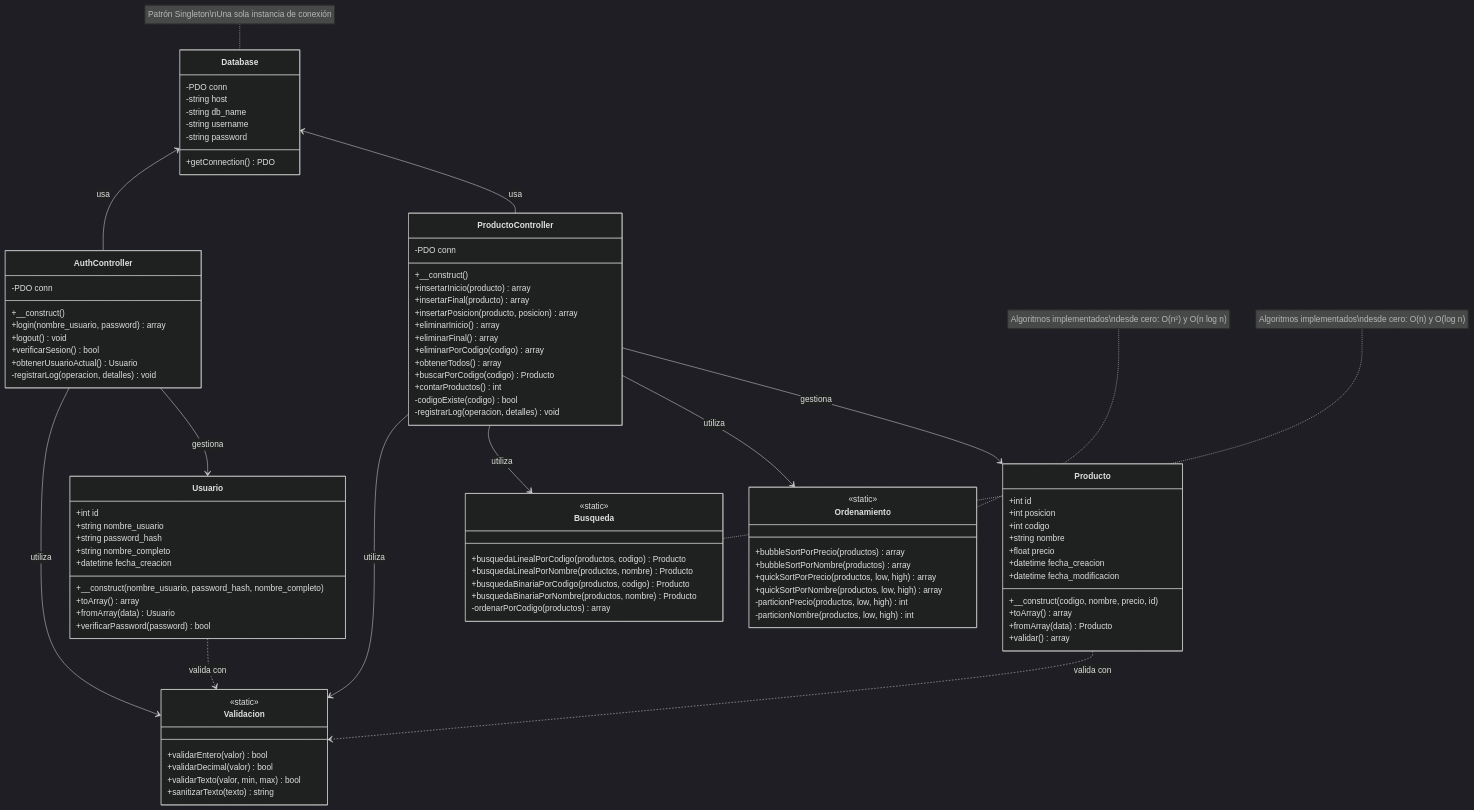
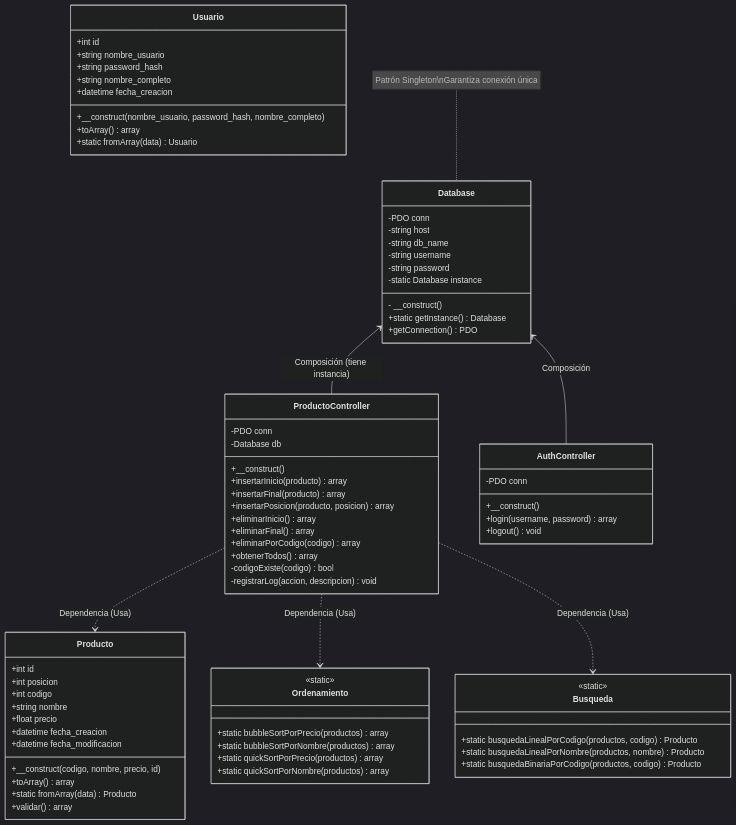
Before and after one commit to UlisesMavz/Sistema_Inventario: the second of 3 diagrams in designs/disenos_sistema.md, drawn with Mermaid (dark theme). The commit also changed other lines of this file, not shown here.

````diff
--- a/designs/disenos_sistema.md
+++ b/designs/disenos_sistema.md
@@ -201,6 +65,9 @@
         -string db_name
         -string username
         -string password
+        -static Database instance
+        - __construct()
+        +static getInstance() Database
         +getConnection() PDO
     }
     
@@ -215,7 +82,7 @@
         +datetime fecha_modificacion
         +__construct(codigo, nombre, precio, id)
         +toArray() array
-        +fromArray(data) Producto
+        +static fromArray(data) Producto
         +validar() array
     }
     
@@ -227,41 +94,29 @@
         +datetime fecha_creacion
         +__construct(nombre_usuario, password_hash, nombre_completo)
         +toArray() array
-        +fromArray(data) Usuario
-        +verificarPassword(password) bool
+        +static fromArray(data) Usuario
     }
     
     %% Capa de Utilidades
     class Ordenamiento {
         <<static>>
-        +bubbleSortPorPrecio(productos) array
-        +bubbleSortPorNombre(productos) array
-        +quickSortPorPrecio(productos, low, high) array
-        +quickSortPorNombre(productos, low, high) array
-        -particionPrecio(productos, low, high) int
-        -particionNombre(productos, low, high) int
+        +static bubbleSortPorPrecio(productos) array
+        +static bubbleSortPorNombre(productos) array
+        +static quickSortPorPrecio(productos) array
+        +static quickSortPorNombre(productos) array
     }
     
     class Busqueda {
         <<static>>
-        +busquedaLinealPorCodigo(productos, codigo) Producto
-        +busquedaLinealPorNombre(productos, nombre) Producto
-        +busquedaBinariaPorCodigo(productos, codigo) Producto
-        +busquedaBinariaPorNombre(productos, nombre) Producto
-        -ordenarPorCodigo(productos) array
-    }
-    
-    class Validacion {
-        <<static>>
-        +validarEntero(valor) bool
-        +validarDecimal(valor) bool
-        +validarTexto(valor, min, max) bool
-        +sanitizarTexto(texto) string
+        +static busquedaLinealPorCodigo(productos, codigo) Producto
+        +static busquedaLinealPorNombre(productos, nombre) Producto
+        +static busquedaBinariaPorCodigo(productos, codigo) Producto
     }
     
     %% Capa de Controladores
     class ProductoController {
         -PDO conn
+        -Database db
         +__construct()
         +insertarInicio(producto) array
         +insertarFinal(producto) array
@@ -270,38 +125,23 @@
         +eliminarFinal() array
         +eliminarPorCodigo(codigo) array
         +obtenerTodos() array
-        +buscarPorCodigo(codigo) Producto
-        +contarProductos() int
         -codigoExiste(codigo) bool
-        -registrarLog(operacion, detalles) void
+        -registrarLog(accion, descripcion) void
     }
     
     class AuthController {
         -PDO conn
         +__construct()
-        +login(nombre_usuario, password) array
+        +login(username, password) array
         +logout() void
-        +verificarSesion() bool
-        +obtenerUsuarioActual() Usuario
-        -registrarLog(operacion, detalles) void
     }
     
     %% Relaciones
-    Database <-- ProductoController : usa
-    Database <-- AuthController : usa
+    Database <-- ProductoController : Composición (tiene instancia)
+    Database <-- AuthController : Composición
+    ProductoController ..> Producto : Dependencia (Usa)
+    ProductoController ..> Ordenamiento : Dependencia (Usa)
+    ProductoController ..> Busqueda : Dependencia (Usa)
     
-    ProductoController --> Producto : gestiona
-    ProductoController --> Ordenamiento : utiliza
-    ProductoController --> Busqueda : utiliza
-    ProductoController --> Validacion : utiliza
-    
-    AuthController --> Usuario : gestiona
-    AuthController --> Validacion : utiliza
-    
-    Producto ..> Validacion : valida con
-    Usuario ..> Validacion : valida con
-    
-    note for Database "Patrón Singleton\nUna sola instancia de conexión"
-    note for Ordenamiento "Algoritmos implementados\ndesde cero: O(n²) y O(n log n)"
-    note for Busqueda "Algoritmos implementados\ndesde cero: O(n) y O(log n)"
+    note for Database "Patrón Singleton\nGarantiza conexión única"
 ```
````
